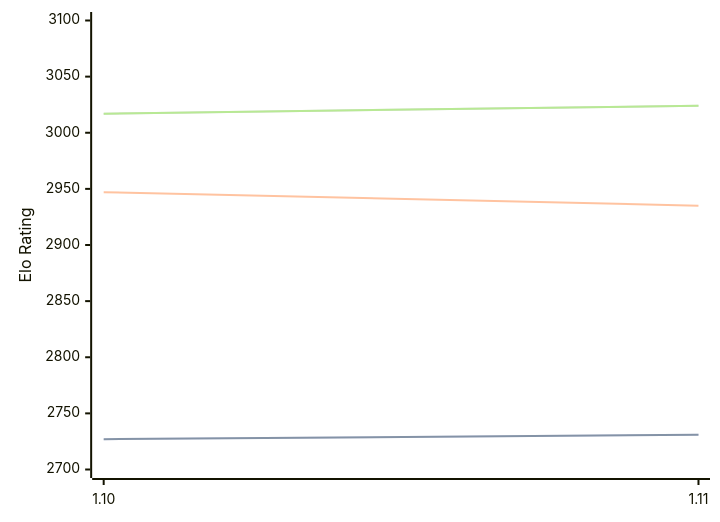
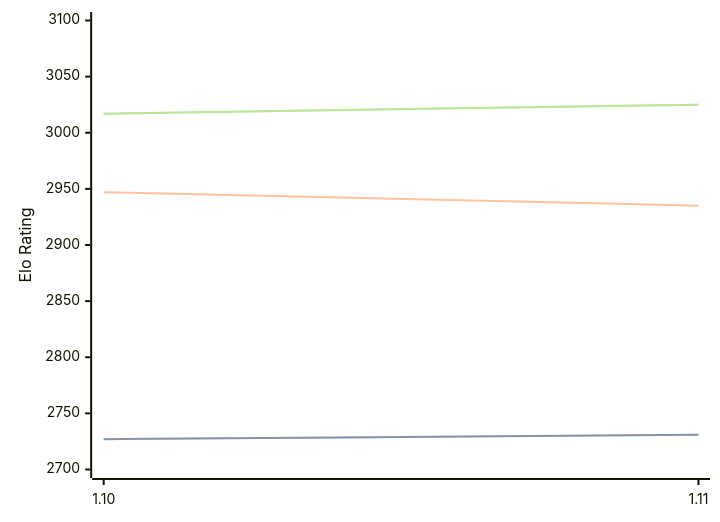
The diagram in engines/Roc.md (computer-chess-index/cci), drawn with Mermaid before and after one commit. The commit also changed other lines of this file, not shown here.

Commit message:
Update CCI Ratings (ELO VLTC) - 2026-08-05

````diff
--- a/engines/Roc.md
+++ b/engines/Roc.md
@@ -65,11 +65,11 @@
 ```mermaid
 %%{init: {"theme":"base","themeVariables":{"seriesColors:['#a3a3a3','#222221','#faa371']}}}%%
 xychart-beta
   x-axis ["1.10", "1.11"]
   y-axis "Elo Rating" 2700 --> 3100
   line "STC (8.0+0.08s)" [2727, 2731]
   line "STC (8.0+0.08s)" [2727, 2731]
   line "LTC (60.0+0.60s)" [2947, 2935]
-  line "VLTC (2m24s+1.12s)" [3017, 3024]
-  line "VLTC (2m24s+1.12s)" [3017, 3024]
+  line "VLTC (2m24s+1.12s)" [3017, 3025]
+  line "VLTC (2m24s+1.12s)" [3017, 3025]
 ```
````
